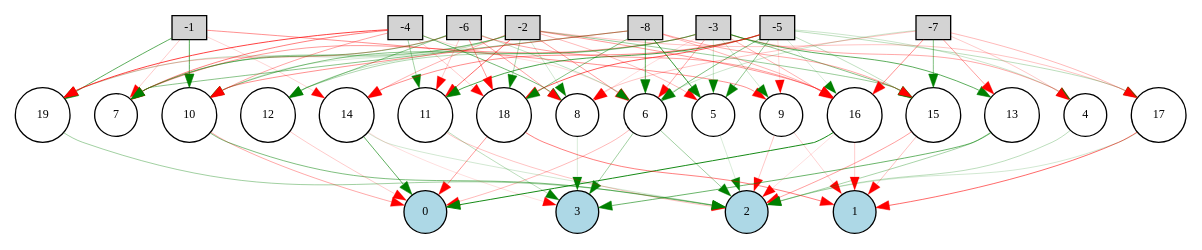
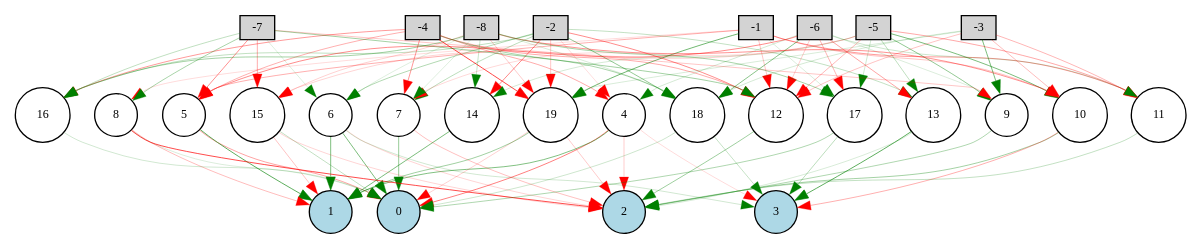
Before and after one commit to Syntox32/NEATure: the diagram in Digraph.gv, drawn with Graphviz. The commit also changed 3 other files, not shown here.

```diff
--- a/Digraph.gv
+++ b/Digraph.gv
@@ -1,127 +1,127 @@
 digraph {
 	node [fontsize=9 height=0.2 shape=circle width=0.2]
 	-1 [fillcolor=lightgray shape=box style=filled]
 	-2 [fillcolor=lightgray shape=box style=filled]
 	-3 [fillcolor=lightgray shape=box style=filled]
 	-4 [fillcolor=lightgray shape=box style=filled]
 	-5 [fillcolor=lightgray shape=box style=filled]
 	-6 [fillcolor=lightgray shape=box style=filled]
 	-7 [fillcolor=lightgray shape=box style=filled]
 	-8 [fillcolor=lightgray shape=box style=filled]
 	0 [fillcolor=lightblue style=filled]
 	1 [fillcolor=lightblue style=filled]
 	2 [fillcolor=lightblue style=filled]
 	3 [fillcolor=lightblue style=filled]
 	4 [fillcolor=white style=filled]
 	5 [fillcolor=white style=filled]
 	6 [fillcolor=white style=filled]
 	7 [fillcolor=white style=filled]
 	8 [fillcolor=white style=filled]
 	9 [fillcolor=white style=filled]
 	10 [fillcolor=white style=filled]
 	11 [fillcolor=white style=filled]
 	12 [fillcolor=white style=filled]
 	13 [fillcolor=white style=filled]
 	14 [fillcolor=white style=filled]
 	15 [fillcolor=white style=filled]
 	16 [fillcolor=white style=filled]
 	17 [fillcolor=white style=filled]
 	18 [fillcolor=white style=filled]
 	19 [fillcolor=white style=filled]
-		-8 -> 18 [color=green penwidth=0.3554648594203649 style=solid]
-		-3 -> 4 [color=red penwidth=0.2590457211599831 style=solid]
-		-4 -> 7 [color=red penwidth=0.3829059885027549 style=solid]
-		14 -> 0 [color=green penwidth=0.47454451786826557 style=solid]
-		-3 -> 8 [color=red penwidth=0.10931765969620043 style=solid]
-		-4 -> 10 [color=red penwidth=0.2676426444521296 style=solid]
-		15 -> 2 [color=red penwidth=0.2943534896398208 style=solid]
-		16 -> 0 [color=green penwidth=0.6874764890212087 style=solid]
-		-6 -> 8 [color=red penwidth=0.27655644300940563 style=solid]
-		-8 -> 16 [color=red penwidth=0.22627476812737995 style=solid]
-		5 -> 2 [color=green penwidth=0.11645975499938763 style=solid]
-		-6 -> 7 [color=green penwidth=0.39072483821745185 style=solid]
-		-7 -> 8 [color=red penwidth=0.1784914028340827 style=solid]
-		16 -> 2 [color=red penwidth=0.10130890229576407 style=solid]
-		10 -> 2 [color=green penwidth=0.3751096469403179 style=solid]
-		-2 -> 12 [color=green penwidth=0.19209981625670347 style=solid]
-		-7 -> 15 [color=green penwidth=0.3664816562838288 style=solid]
-		-5 -> 5 [color=green penwidth=0.33467809907009016 style=solid]
-		-2 -> 15 [color=green penwidth=0.29958045148610624 style=solid]
-		-5 -> 14 [color=red penwidth=0.3380633265054548 style=solid]
-		-4 -> 8 [color=green penwidth=0.40829537565338536 style=solid]
-		-5 -> 17 [color=green penwidth=0.20423441276903676 style=solid]
-		-3 -> 5 [color=green penwidth=0.17162156125735584 style=solid]
-		9 -> 2 [color=red penwidth=0.17021414399367685 style=solid]
-		-2 -> 6 [color=red penwidth=0.2773157971399578 style=solid]
-		8 -> 3 [color=green penwidth=0.11731176275897767 style=solid]
-		14 -> 3 [color=red penwidth=0.10159788119049248 style=solid]
-		-6 -> 18 [color=red penwidth=0.3070401256914478 style=solid]
-		-2 -> 8 [color=green penwidth=0.1367644121213456 style=solid]
-		-6 -> 16 [color=red penwidth=0.2890345767880743 style=solid]
-		-2 -> 5 [color=red penwidth=0.21455798879548743 style=solid]
-		-7 -> 13 [color=red penwidth=0.2899738949327524 style=solid]
-		18 -> 1 [color=red penwidth=0.3839421602381885 style=solid]
-		-2 -> 16 [color=red penwidth=0.2959713885074168 style=solid]
-		-6 -> 19 [color=red penwidth=0.19366892756801848 style=solid]
-		-6 -> 11 [color=red penwidth=0.1622604047057881 style=solid]
-		-2 -> 10 [color=green penwidth=0.12777856818669706 style=solid]
-		9 -> 1 [color=red penwidth=0.13978156063270125 style=solid]
-		12 -> 0 [color=red penwidth=0.1580690366568549 style=solid]
-		-2 -> 17 [color=red penwidth=0.17623813639163433 style=solid]
-		-5 -> 9 [color=red penwidth=0.11345653065279915 style=solid]
-		-2 -> 7 [color=green penwidth=0.28333024572400395 style=solid]
-		-5 -> 16 [color=green penwidth=0.12329144861732119 style=solid]
-		-4 -> 19 [color=red penwidth=0.5603641121148382 style=solid]
-		13 -> 2 [color=green penwidth=0.2576872572825484 style=solid]
-		-7 -> 6 [color=green penwidth=0.15574646863442904 style=solid]
-		15 -> 1 [color=red penwidth=0.18627609238603288 style=solid]
-		-3 -> 9 [color=green penwidth=0.15377517299354077 style=solid]
-		-3 -> 6 [color=red penwidth=0.2553261929770494 style=solid]
-		-8 -> 10 [color=red penwidth=0.3250815336532098 style=solid]
-		14 -> 2 [color=green penwidth=0.14092743716872158 style=solid]
-		19 -> 2 [color=green penwidth=0.2807921279480594 style=solid]
-		-2 -> 18 [color=green penwidth=0.2505159664291863 style=solid]
-		6 -> 0 [color=red penwidth=0.21388889135516126 style=solid]
-		-1 -> 14 [color=red penwidth=0.13277803545911834 style=solid]
-		17 -> 2 [color=green penwidth=0.14110406375224577 style=solid]
-		-8 -> 15 [color=red penwidth=0.25506775262271714 style=solid]
-		-6 -> 6 [color=green penwidth=0.1902126014639111 style=solid]
-		-3 -> 7 [color=red penwidth=0.29541323745991765 style=solid]
-		-5 -> 6 [color=green penwidth=0.36659258191459076 style=solid]
-		-6 -> 12 [color=green penwidth=0.32936235197816577 style=solid]
-		-3 -> 13 [color=green penwidth=0.47675028248290297 style=solid]
-		11 -> 2 [color=red penwidth=0.18367748084607272 style=solid]
-		6 -> 3 [color=green penwidth=0.27830895461724214 style=solid]
-		-3 -> 10 [color=green penwidth=0.36256069839806404 style=solid]
-		6 -> 2 [color=green penwidth=0.2778163991293201 style=solid]
-		-3 -> 12 [color=green penwidth=0.24050303181566643 style=solid]
-		-7 -> 17 [color=red penwidth=0.21042362570681516 style=solid]
-		-7 -> 16 [color=red penwidth=0.32824251795133375 style=solid]
-		-1 -> 7 [color=red penwidth=0.1598664328002714 style=solid]
-		-1 -> 10 [color=green penwidth=0.5023779950246854 style=solid]
-		-7 -> 4 [color=red penwidth=0.16378536161447788 style=solid]
-		-3 -> 15 [color=green penwidth=0.3641201040074089 style=solid]
-		-2 -> 19 [color=green penwidth=0.17517012365744428 style=solid]
-		10 -> 0 [color=red penwidth=0.25979799718808694 style=solid]
-		-2 -> 11 [color=red penwidth=0.4416067573636884 style=solid]
-		-5 -> 11 [color=green penwidth=0.5291453439579132 style=solid]
-		11 -> 3 [color=green penwidth=0.20480036346587496 style=solid]
-		-5 -> 15 [color=green penwidth=0.19255549899711932 style=solid]
-		-4 -> 11 [color=green penwidth=0.27480461836504155 style=solid]
-		-8 -> 7 [color=green penwidth=0.345936234294817 style=solid]
-		18 -> 0 [color=red penwidth=0.29541594420937506 style=solid]
-		-4 -> 18 [color=red penwidth=0.16221502341600952 style=solid]
-		-5 -> 4 [color=green penwidth=0.1624514168537579 style=solid]
-		17 -> 1 [color=red penwidth=0.4366943721337473 style=solid]
-		16 -> 1 [color=red penwidth=0.14819400297629515 style=solid]
-		-1 -> 19 [color=green penwidth=0.4750246951980379 style=solid]
-		-8 -> 5 [color=green penwidth=0.6044300980201661 style=solid]
-		-2 -> 14 [color=red penwidth=0.2442713590689506 style=solid]
-		4 -> 2 [color=green penwidth=0.2000653591192364 style=solid]
-		-4 -> 6 [color=red penwidth=0.11285112265911654 style=solid]
-		-1 -> 9 [color=red penwidth=0.3253574059523112 style=solid]
-		13 -> 3 [color=green penwidth=0.4445606804393567 style=solid]
-		-8 -> 6 [color=green penwidth=0.4899604054343867 style=solid]
-		-3 -> 16 [color=red penwidth=0.22976378797840244 style=solid]
-		-5 -> 18 [color=red penwidth=0.48781369801164065 style=solid]
+		-3 -> 11 [color=red penwidth=0.22157885805143343 style=solid]
+		6 -> 2 [color=red penwidth=0.1281644853517922 style=solid]
+		-6 -> 11 [color=green penwidth=0.15375551859060088 style=solid]
+		14 -> 1 [color=green penwidth=0.39141069092293534 style=solid]
+		-3 -> 10 [color=red penwidth=0.19728956615981386 style=solid]
+		-6 -> 13 [color=red penwidth=0.2747460639768723 style=solid]
+		13 -> 2 [color=green penwidth=0.1161055111191735 style=solid]
+		18 -> 0 [color=green penwidth=0.1530408400915826 style=solid]
+		-1 -> 5 [color=red penwidth=0.23649714263149682 style=solid]
+		17 -> 3 [color=green penwidth=0.20253962631761951 style=solid]
+		4 -> 3 [color=red penwidth=0.1116242493584734 style=solid]
+		-5 -> 11 [color=red penwidth=0.25984941222842395 style=solid]
+		19 -> 0 [color=red penwidth=0.13680585548960147 style=solid]
+		8 -> 0 [color=green penwidth=0.10607905869142994 style=solid]
+		19 -> 2 [color=red penwidth=0.15772712293592644 style=solid]
+		-5 -> 13 [color=green penwidth=0.18842174760066155 style=solid]
+		-5 -> 10 [color=green penwidth=0.3920239029907405 style=solid]
+		4 -> 0 [color=red penwidth=0.38382142674962483 style=solid]
+		-8 -> 10 [color=red penwidth=0.31568870608122834 style=solid]
+		-1 -> 17 [color=green penwidth=0.11370804342747555 style=solid]
+		-3 -> 9 [color=green penwidth=0.3914079012366207 style=solid]
+		-7 -> 6 [color=green penwidth=0.10127121367536775 style=solid]
+		-8 -> 16 [color=green penwidth=0.26813087647152245 style=solid]
+		5 -> 1 [color=green penwidth=0.48188121097611003 style=solid]
+		10 -> 2 [color=green penwidth=0.26521291343303594 style=solid]
+		-1 -> 11 [color=red penwidth=0.2993920645166984 style=solid]
+		-6 -> 4 [color=green penwidth=0.12948200160381362 style=solid]
+		19 -> 1 [color=green penwidth=0.279357077693248 style=solid]
+		-4 -> 4 [color=red penwidth=0.24896835810560938 style=solid]
+		11 -> 2 [color=green penwidth=0.18400698672437005 style=solid]
+		17 -> 0 [color=green penwidth=0.23691203923182189 style=solid]
+		-5 -> 17 [color=green penwidth=0.1377935793951668 style=solid]
+		-5 -> 15 [color=red penwidth=0.1271050738610737 style=solid]
+		15 -> 2 [color=red penwidth=0.12722562366014648 style=solid]
+		-2 -> 19 [color=red penwidth=0.1665109170251904 style=solid]
+		-4 -> 5 [color=red penwidth=0.23831778269215953 style=solid]
+		-4 -> 7 [color=red penwidth=0.31002312448429703 style=solid]
+		-4 -> 19 [color=red penwidth=0.538630247061856 style=solid]
+		-8 -> 14 [color=green penwidth=0.161493047033908 style=solid]
+		-1 -> 12 [color=red penwidth=0.1724725697863477 style=solid]
+		-2 -> 14 [color=red penwidth=0.35276739103240407 style=solid]
+		-3 -> 18 [color=green penwidth=0.12544287343206045 style=solid]
+		10 -> 3 [color=red penwidth=0.24276192882755024 style=solid]
+		-8 -> 15 [color=red penwidth=0.13640154569908292 style=solid]
+		-2 -> 18 [color=green penwidth=0.31999899993580483 style=solid]
+		-7 -> 5 [color=red penwidth=0.3321244121686471 style=solid]
+		-1 -> 19 [color=green penwidth=0.42184949735019517 style=solid]
+		-2 -> 6 [color=green penwidth=0.2293341158079956 style=solid]
+		12 -> 2 [color=green penwidth=0.2892805408564141 style=solid]
+		-1 -> 8 [color=red penwidth=0.10757620158473868 style=solid]
+		-2 -> 4 [color=red penwidth=0.10285800169716909 style=solid]
+		7 -> 2 [color=red penwidth=0.18774125833476457 style=solid]
+		-6 -> 5 [color=red penwidth=0.3359041192071265 style=solid]
+		-5 -> 14 [color=green penwidth=0.12516346622912503 style=solid]
+		-4 -> 12 [color=red penwidth=0.2478461874642039 style=solid]
+		-8 -> 19 [color=red penwidth=0.1605853039798742 style=solid]
+		9 -> 2 [color=green penwidth=0.24382218626897495 style=solid]
+		-2 -> 12 [color=red penwidth=0.33728751087853204 style=solid]
+		-6 -> 12 [color=red penwidth=0.14616277853524318 style=solid]
+		13 -> 3 [color=green penwidth=0.4823030290679211 style=solid]
+		7 -> 0 [color=green penwidth=0.3068498978445384 style=solid]
+		6 -> 3 [color=green penwidth=0.1390910421244133 style=solid]
+		8 -> 1 [color=red penwidth=0.1950697848087528 style=solid]
+		-2 -> 16 [color=green penwidth=0.1917817971009 style=solid]
+		-6 -> 18 [color=green penwidth=0.3520229350392141 style=solid]
+		-5 -> 7 [color=red penwidth=0.12233600301091188 style=solid]
+		-3 -> 19 [color=green penwidth=0.11942582812827307 style=solid]
+		-8 -> 17 [color=green penwidth=0.26267925174501916 style=solid]
+		4 -> 1 [color=green penwidth=0.3657963333744918 style=solid]
+		4 -> 2 [color=red penwidth=0.15414913718936019 style=solid]
+		-5 -> 12 [color=red penwidth=0.2145686185008231 style=solid]
+		-6 -> 17 [color=red penwidth=0.21731809053290158 style=solid]
+		-7 -> 9 [color=red penwidth=0.1724042280783033 style=solid]
+		-7 -> 16 [color=green penwidth=0.185154944174141 style=solid]
+		6 -> 1 [color=green penwidth=0.38106011786870964 style=solid]
+		-7 -> 12 [color=green penwidth=0.26757810217936584 style=solid]
+		-2 -> 7 [color=green penwidth=0.2041840304517728 style=solid]
+		-4 -> 18 [color=green penwidth=0.2518171068071069 style=solid]
+		-2 -> 13 [color=green penwidth=0.1841635592603778 style=solid]
+		18 -> 3 [color=green penwidth=0.173799734254869 style=solid]
+		6 -> 0 [color=green penwidth=0.38840628992620485 style=solid]
+		-4 -> 16 [color=red penwidth=0.29971820096930246 style=solid]
+		-8 -> 18 [color=green penwidth=0.12302810985775399 style=solid]
+		-8 -> 6 [color=green penwidth=0.10452518039256561 style=solid]
+		15 -> 0 [color=green penwidth=0.1849764974285236 style=solid]
+		-5 -> 9 [color=green penwidth=0.32438222158276275 style=solid]
+		5 -> 0 [color=red penwidth=0.2739407391705234 style=solid]
+		15 -> 1 [color=red penwidth=0.1754694721995248 style=solid]
+		-8 -> 7 [color=green penwidth=0.10350395640720592 style=solid]
+		16 -> 0 [color=green penwidth=0.14027247349979083 style=solid]
+		8 -> 2 [color=red penwidth=0.5274100241774792 style=solid]
+		-6 -> 9 [color=green penwidth=0.11212375324650593 style=solid]
+		-7 -> 8 [color=green penwidth=0.2629881221843179 style=solid]
+		-1 -> 10 [color=red penwidth=0.1775979065383314 style=solid]
+		-3 -> 12 [color=red penwidth=0.18100649814711034 style=solid]
+		-7 -> 15 [color=red penwidth=0.24715410008449865 style=solid]
 }
```
